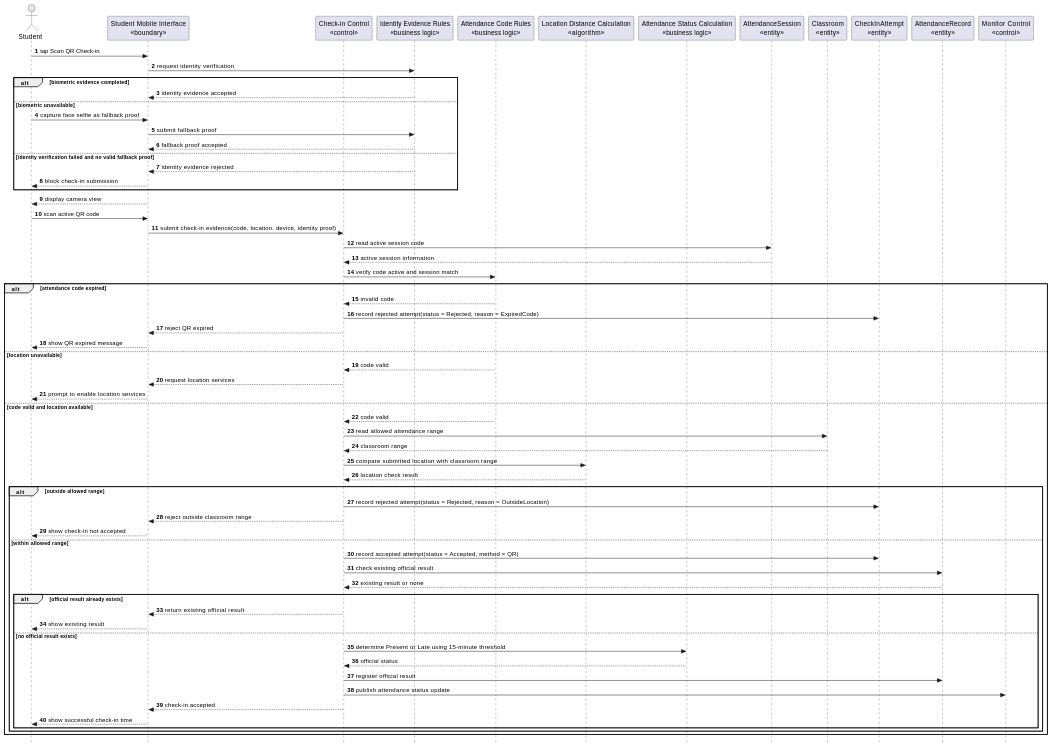
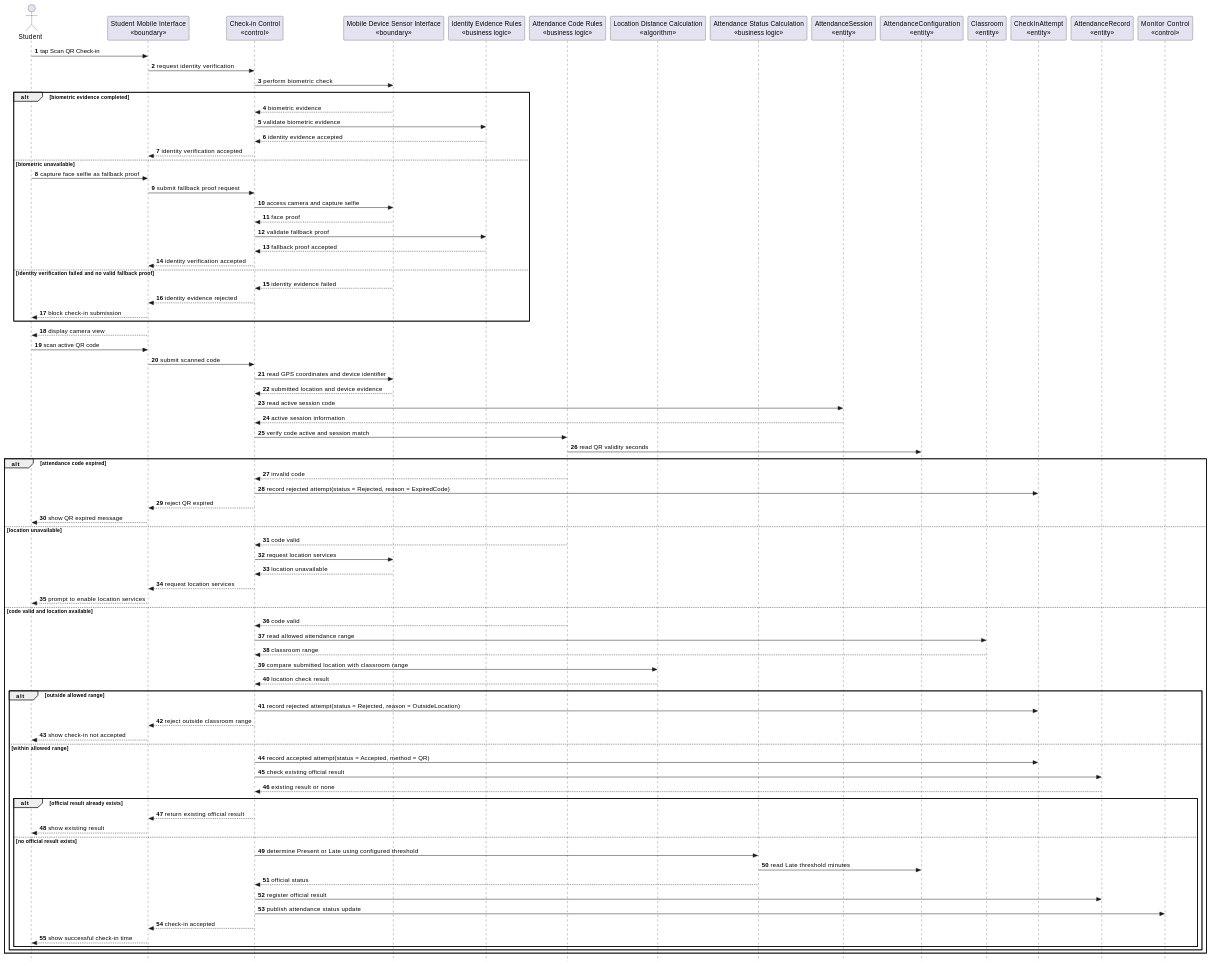
One commit to nttung42/SWD392 changed the sixth of 26 diagrams in docs/sds/2_Analysis.md. Above: the diagram before and after it, drawn with PlantUML. The commit also changed other lines of this file, not shown here.

Commit message:
tmp Contextual boundary class diagram

```diff
--- a/docs/sds/2_Analysis.md
+++ b/docs/sds/2_Analysis.md
@@ -313,36 +464,50 @@
 actor "Student" as Student
 participant "Student Mobile Interface\n«boundary»" as StudentUI
 participant "Check-in Control\n«control»" as CheckInControl
+participant "Mobile Device Sensor Interface\n«boundary»" as MobileSensor
 participant "Identity Evidence Rules\n«business logic»" as IdentityRules
 participant "Attendance Code Rules\n«business logic»" as CodeRules
 participant "Location Distance Calculation\n«algorithm»" as DistanceCalc
 participant "Attendance Status Calculation\n«business logic»" as StatusRules
 participant "AttendanceSession\n«entity»" as AttendanceSession
+participant "AttendanceConfiguration\n«entity»" as AttendanceConfig
 participant "Classroom\n«entity»" as Classroom
 participant "CheckInAttempt\n«entity»" as CheckInAttempt
 participant "AttendanceRecord\n«entity»" as AttendanceRecord
 participant "Monitor Control\n«control»" as MonitorControl
 
 Student -> StudentUI : tap Scan QR Check-in
-StudentUI -> IdentityRules : request identity verification
+StudentUI -> CheckInControl : request identity verification
+CheckInControl -> MobileSensor : perform biometric check
 
 alt biometric evidence completed
-  IdentityRules --> StudentUI : identity evidence accepted
+  MobileSensor --> CheckInControl : biometric evidence
+  CheckInControl -> IdentityRules : validate biometric evidence
+  IdentityRules --> CheckInControl : identity evidence accepted
+  CheckInControl --> StudentUI : identity verification accepted
 else biometric unavailable
   Student -> StudentUI : capture face selfie as fallback proof
-  StudentUI -> IdentityRules : submit fallback proof
-  IdentityRules --> StudentUI : fallback proof accepted
+  StudentUI -> CheckInControl : submit fallback proof request
+  CheckInControl -> MobileSensor : access camera and capture selfie
+  MobileSensor --> CheckInControl : face proof
+  CheckInControl -> IdentityRules : validate fallback proof
+  IdentityRules --> CheckInControl : fallback proof accepted
+  CheckInControl --> StudentUI : identity verification accepted
 else identity verification failed and no valid fallback proof
-  IdentityRules --> StudentUI : identity evidence rejected
+  MobileSensor --> CheckInControl : identity evidence failed
+  CheckInControl --> StudentUI : identity evidence rejected
   StudentUI --> Student : block check-in submission
 end
 
 StudentUI --> Student : display camera view
 Student -> StudentUI : scan active QR code
-StudentUI -> CheckInControl : submit check-in evidence(code, location, device, identity proof)
+StudentUI -> CheckInControl : submit scanned code
+CheckInControl -> MobileSensor : read GPS coordinates and device identifier
+MobileSensor --> CheckInControl : submitted location and device evidence
 CheckInControl -> AttendanceSession : read active session code
 AttendanceSession --> CheckInControl : active session information
 CheckInControl -> CodeRules : verify code active and session match
+CodeRules -> AttendanceConfig : read QR validity seconds
 
 alt attendance code expired
   CodeRules --> CheckInControl : invalid code
@@ -351,6 +516,8 @@
   StudentUI --> Student : show QR expired message
 else location unavailable
   CodeRules --> CheckInControl : code valid
+  CheckInControl -> MobileSensor : request location services
+  MobileSensor --> CheckInControl : location unavailable
   CheckInControl --> StudentUI : request location services
   StudentUI --> Student : prompt to enable location services
 else code valid and location available
@@ -372,7 +539,8 @@
       CheckInControl --> StudentUI : return existing official result
       StudentUI --> Student : show existing result
     else no official result exists
-      CheckInControl -> StatusRules : determine Present or Late using 15-minute threshold
+      CheckInControl -> StatusRules : determine Present or Late using configured threshold
+      StatusRules -> AttendanceConfig : read Late threshold minutes
       StatusRules --> CheckInControl : official status
       CheckInControl -> AttendanceRecord : register official result
       CheckInControl -> MonitorControl : publish attendance status update
```
